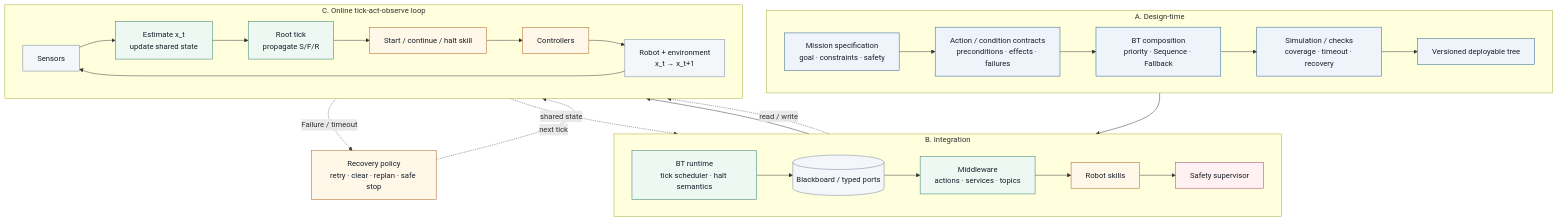
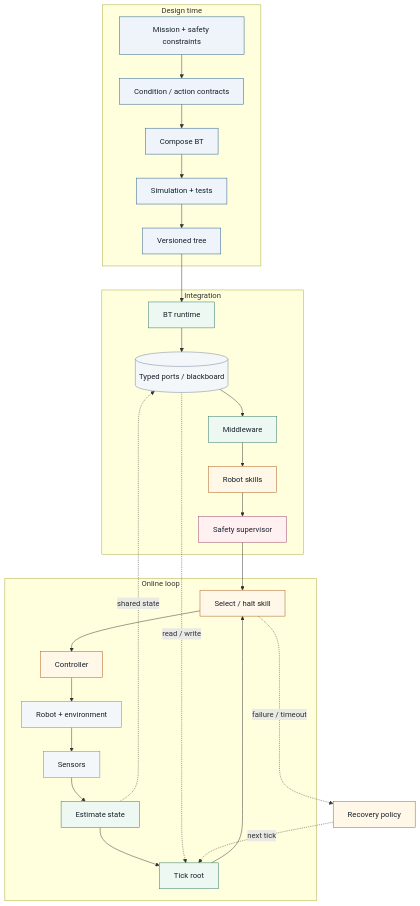
The second of 2 diagrams in topics/behavior-tree-foundations.md (nobel-ai-tests/behavior-trees-autonomy), drawn with Mermaid before and after one commit. The commit also changed other lines of this file, not shown here.

Commit message:
Replace foundations warehouse demo with road intersection simulation

````diff
--- a/topics/behavior-tree-foundations.md
+++ b/topics/behavior-tree-foundations.md
@@ -236,36 +232,44 @@
 ```mermaid
 flowchart TB
-  subgraph DESIGN["A. Design-time"]
-    direction LR
-    MISSION["Mission specification<br/>goal · constraints · safety"] --> MODEL["Action / condition contracts<br/>preconditions · effects · failures"] --> COMPOSE["BT composition<br/>priority · Sequence · Fallback"] --> CHECK["Simulation / checks<br/>coverage · timeout · recovery"] --> TREE["Versioned deployable tree"]
+  subgraph D["Design time"]
+    SPEC["Mission + safety constraints"] --> CONTRACT["Condition / action contracts"]
+    CONTRACT --> COMPOSE["Compose BT"]
+    COMPOSE --> TEST["Simulation + tests"]
+    TEST --> TREE["Versioned tree"]
   end
 
-  subgraph INTEGRATION["B. Integration"]
-    direction LR
-    RUNTIME["BT runtime<br/>tick scheduler · halt semantics"] --> PORTS[("Blackboard / typed ports")] --> MW["Middleware<br/>actions · services · topics"] --> SKILLS["Robot skills"] --> SAFE["Safety supervisor"]
+  subgraph I["Integration"]
+    RUNTIME["BT runtime"] --> PORTS[("Typed ports / blackboard")]
+    PORTS --> MW["Middleware"]
+    MW --> SKILLS["Robot skills"]
+    SKILLS --> GUARD["Safety supervisor"]
   end
 
-  subgraph ONLINE["C. Online tick-act-observe loop"]
-    direction LR
-    SENSORS["Sensors"] --> STATE["Estimate x_t<br/>update shared state"] --> TICK["Root tick<br/>propagate S/F/R"] --> ACTIVE["Start / continue / halt skill"] --> CONTROL["Controllers"] --> ENV["Robot + environment<br/>x_t → x_t+1"] --> SENSORS
+  subgraph O["Online loop"]
+    SENSOR["Sensors"] --> STATE["Estimate state"]
+    STATE --> TICK["Tick root"]
+    TICK --> ACTIVE["Select / halt skill"]
+    ACTIVE --> CTRL["Controller"]
+    CTRL --> WORLD["Robot + environment"]
+    WORLD --> SENSOR
   end
 
   TREE --> RUNTIME
-  SAFE --> ACTIVE
   STATE -. "shared state" .-> PORTS
   PORTS -. "read / write" .-> TICK
-  ACTIVE -. "Failure / timeout" .-> RECOVERY["Recovery policy<br/>retry · clear · replan · safe stop"]
-  RECOVERY -. "next tick" .-> TICK
+  GUARD --> ACTIVE
+  ACTIVE -. "failure / timeout" .-> REC["Recovery policy"]
+  REC -. "next tick" .-> TICK
 
   classDef design fill:#eef4fa,stroke:#245b88,color:#17202a;
   classDef runtime fill:#eef8f3,stroke:#28775f,color:#17202a;
   classDef action fill:#fff7e8,stroke:#a95a13,color:#17202a;
   classDef safety fill:#fff0f1,stroke:#9a3f67,color:#17202a;
   classDef data fill:#f4f7fa,stroke:#718096,color:#17202a;
 
-  class MISSION,MODEL,COMPOSE,CHECK,TREE design;
+  class SPEC,CONTRACT,COMPOSE,TEST,TREE design;
   class RUNTIME,MW,TICK,STATE runtime;
-  class SKILLS,ACTIVE,CONTROL,RECOVERY action;
-  class SAFE safety;
-  class PORTS,SENSORS,ENV data;
+  class SKILLS,ACTIVE,CTRL,REC action;
+  class GUARD safety;
+  class PORTS,SENSOR,WORLD data;
 ```
````
